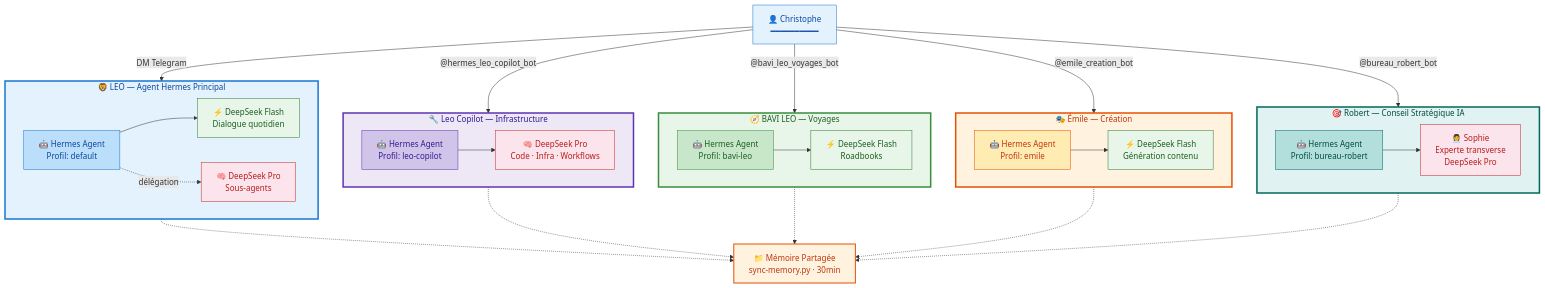
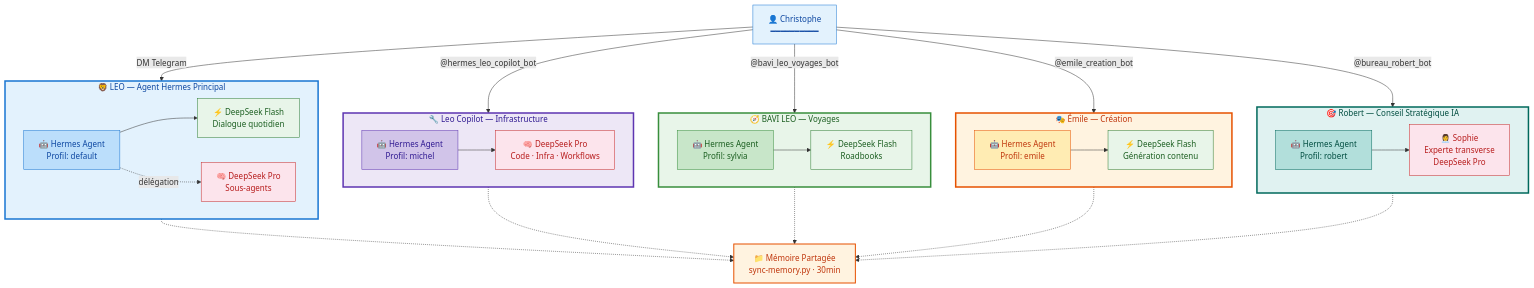
Before and after one commit to christophedanhier-hash/hermes-wiki: the first of 5 diagrams in docs/hermes/architecture-communication.md, drawn with Mermaid. The commit also changed other lines of this file and 73 other files, not shown here.

````diff
--- a/docs/hermes/architecture-communication.md
+++ b/docs/hermes/architecture-communication.md
@@ -9,79 +9,79 @@
 ```mermaid
 flowchart TD
     User["👤 Christophe<br/>━━━━━━━━━━"]
 
     subgraph LEO_MAIN["🦁 LEO — Agent Hermes Principal"]
         direction LR
         Agent["🤖 Hermes Agent<br/>Profil: default"]
         DS_Flash["⚡ DeepSeek Flash<br/>Dialogue quotidien"]
         DS_Pro_Sub["🧠 DeepSeek Pro<br/>Sous-agents"]
     end
 
     subgraph LEO_COP["🔧 Leo Copilot — Infrastructure"]
         direction LR
-        Agent2["🤖 Hermes Agent<br/>Profil: leo-copilot"]
+        Agent2["🤖 Hermes Agent<br/>Profil: michel"]
         DS_Pro["🧠 DeepSeek Pro<br/>Code · Infra · Workflows"]
     end
 
     subgraph BAVI["🧭 BAVI LEO — Voyages"]
         direction LR
-        Agent3["🤖 Hermes Agent<br/>Profil: bavi-leo"]
+        Agent3["🤖 Hermes Agent<br/>Profil: sylvia"]
         DS_Flash2["⚡ DeepSeek Flash<br/>Roadbooks"]
     end
 
     subgraph EMILE["🎭 Émile — Création"]
         direction LR
         Agent4["🤖 Hermes Agent<br/>Profil: emile"]
         DS_Flash3["⚡ DeepSeek Flash<br/>Génération contenu"]
     end
 
     subgraph ROBERT["🎯 Robert — Conseil Stratégique IA"]
         direction LR
-        Agent5["🤖 Hermes Agent<br/>Profil: bureau-robert"]
+        Agent5["🤖 Hermes Agent<br/>Profil: robert"]
         SOPHIE["👩‍💼 Sophie<br/>Experte transverse<br/>DeepSeek Pro"]
     end
 
     MEM["📁 Mémoire Partagée<br/>sync-memory.py · 30min"]
 
     User -->|"DM Telegram"| LEO_MAIN
     User -->|"@hermes_leo_copilot_bot"| LEO_COP
     User -->|"@bavi_leo_voyages_bot"| BAVI
     User -->|"@emile_creation_bot"| EMILE
     User -->|"@bureau_robert_bot"| ROBERT
 
     LEO_MAIN -.-> MEM
     LEO_COP -.-> MEM
     BAVI -.-> MEM
     EMILE -.-> MEM
     ROBERT -.-> MEM
 
     Agent --> DS_Flash
     Agent -.->|"délégation"| DS_Pro_Sub
 
     Agent2 --> DS_Pro
 
     Agent3 --> DS_Flash2
 
     Agent4 --> DS_Flash3
 
     Agent5 --> SOPHIE
 
     style User fill:#e3f2fd,stroke:#1976d2,color:#0d47a1
     style LEO_MAIN fill:#e3f2fd,stroke:#1976d2,stroke-width:3px,color:#0d47a1
     style Agent fill:#bbdefb,stroke:#1976d2,color:#0d47a1
     style DS_Flash fill:#e8f5e9,stroke:#2e7d32,color:#1b5e20
     style DS_Pro_Sub fill:#fce4ec,stroke:#c62828,color:#b71c1c
     style LEO_COP fill:#ede7f6,stroke:#5e35b1,stroke-width:3px,color:#311b92
     style Agent2 fill:#d1c4e9,stroke:#5e35b1,color:#311b92
     style DS_Pro fill:#fce4ec,stroke:#c62828,color:#b71c1c
     style BAVI fill:#e8f5e9,stroke:#388e3c,stroke-width:3px,color:#1b5e20
     style Agent3 fill:#c8e6c9,stroke:#388e3c,color:#1b5e20
     style DS_Flash2 fill:#e8f5e9,stroke:#2e7d32,color:#1b5e20
     style EMILE fill:#fff3e0,stroke:#e65100,stroke-width:3px,color:#bf360c
     style Agent4 fill:#ffecb3,stroke:#e65100,color:#bf360c
     style DS_Flash3 fill:#e8f5e9,stroke:#2e7d32,color:#1b5e20
     style ROBERT fill:#e0f2f1,stroke:#00695c,stroke-width:3px,color:#004d40
     style Agent5 fill:#b2dfdb,stroke:#00695c,color:#004d40
     style SOPHIE fill:#fce4ec,stroke:#c62828,color:#b71c1c
     style MEM fill:#fff3e0,stroke:#e65100,stroke-width:2px,color:#bf360c
 ```
````
